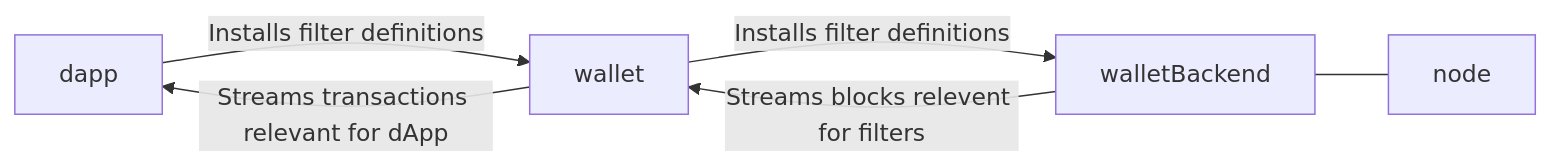
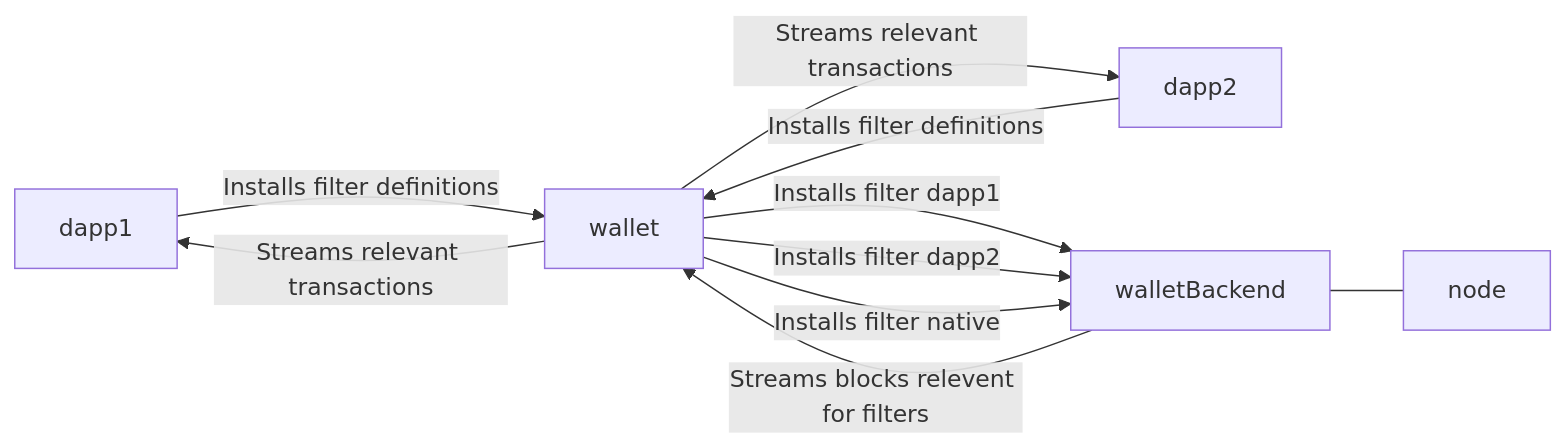
One commit to midnightntwrk/midnight-architecture changed the first of 3 diagrams in proposals/delivering transactions to dApps.md. Above: the diagram before and after it, drawn with Mermaid. The commit also changed other lines of this file, not shown here.

````diff
--- a/proposals/delivering transactions to dApps.md
+++ b/proposals/delivering transactions to dApps.md
@@ -12,15 +15,23 @@
 ```mermaid
 flowchart LR
-
-dapp
+dapp1
+dapp2
 wallet
 walletBackend
 node
 
-dapp -->|Installs filter definitions|wallet
-wallet -->|Installs filter definitions|walletBackend
+dapp1 -->|Installs filter definitions|wallet
+dapp2 -->|Installs filter definitions|wallet
+
+wallet -->|Streams relevant transactions|dapp1
+wallet -->|Streams relevant transactions|dapp2
+
+wallet -->|Installs filter dapp1|walletBackend
+wallet -->|Installs filter dapp2|walletBackend
+wallet -->|Installs filter native|walletBackend
+
 walletBackend -->|Streams blocks relevent for filters|wallet
-wallet -->|Streams transactions relevant for dApp|dapp
+
 walletBackend --- node 
 
 ```
````
